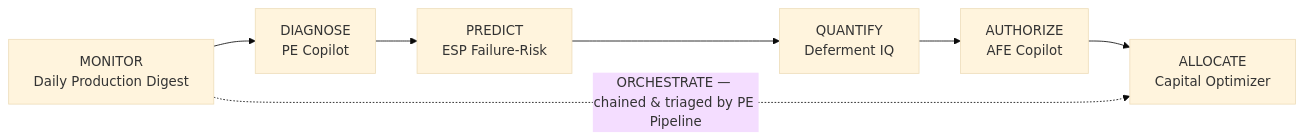
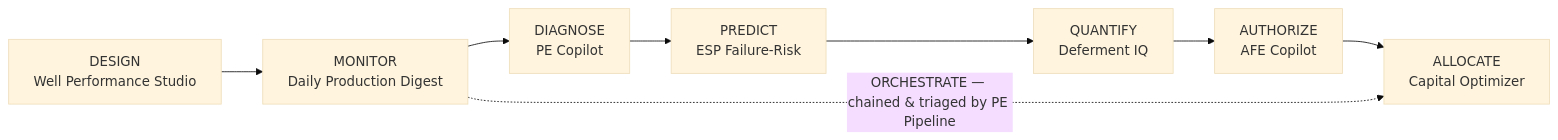
One commit to diazaeric1-droid/diazaeric1-droid changed the diagram in README.md. Above: the diagram before and after it, drawn with Mermaid (base theme). The commit also changed other lines of this file, not shown here.

Commit message:
Phase 0: 8 apps, add WPS to table, fix flowchart, light theme, version numbers

````diff
--- a/README.md
+++ b/README.md
@@ -14,9 +14,10 @@
 ```mermaid
 flowchart LR
+  WPS["DESIGN<br/>Well Performance Studio"] --> A
   A["MONITOR<br/>Daily Production Digest"] --> B["DIAGNOSE<br/>PE Copilot"]
   B --> C["PREDICT<br/>ESP Failure-Risk"]
   C --> D["QUANTIFY<br/>Deferment IQ"]
   D --> E["AUTHORIZE<br/>AFE Copilot"]
   E --> F["ALLOCATE<br/>Capital Optimizer"]
   A -. "ORCHESTRATE — chained & triaged by PE Pipeline" .-> F
 ```
````
